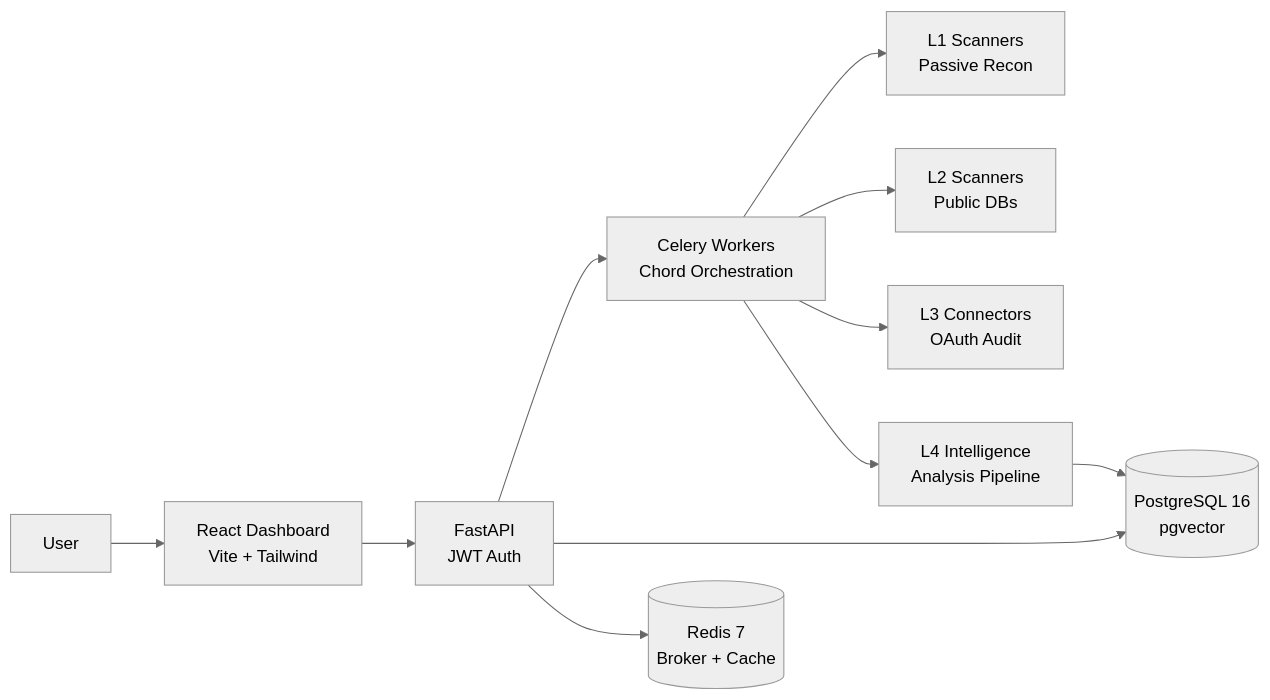
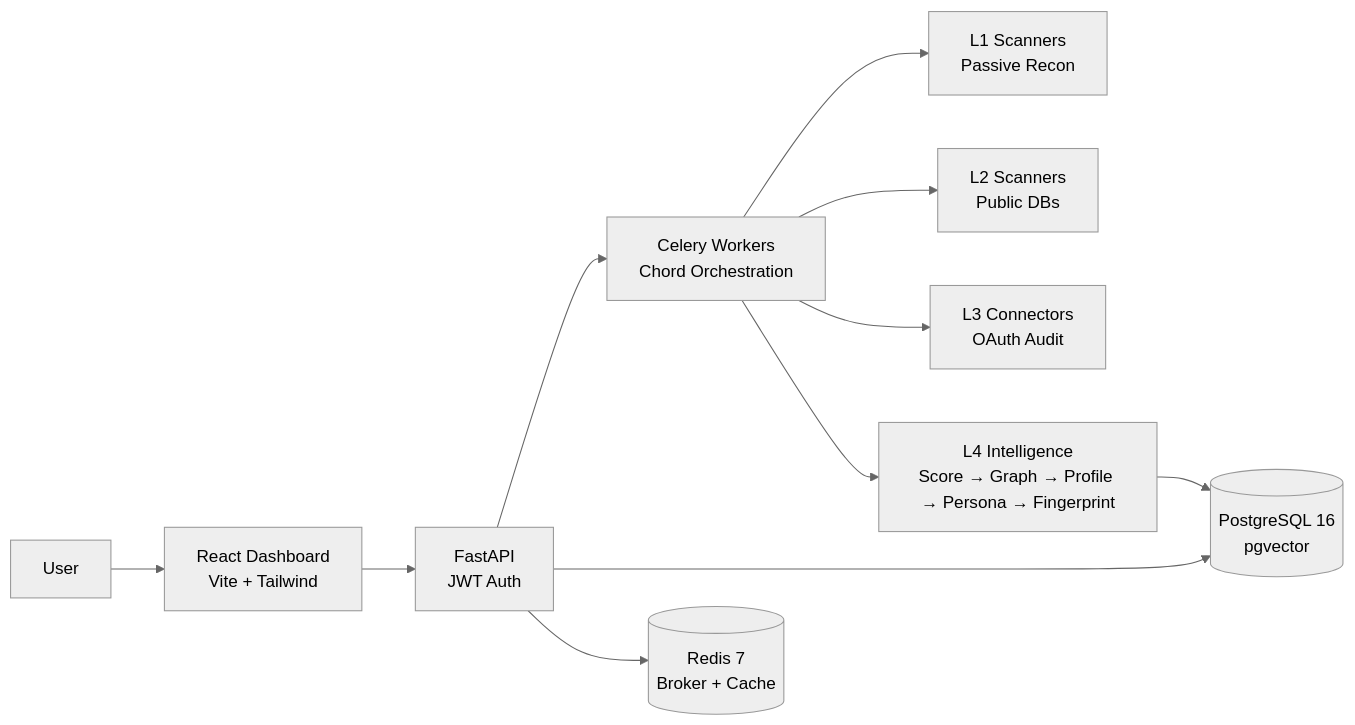
The diagram in README.md (nabz0r/xposeTIP), drawn with Mermaid (neutral theme) before and after one commit. The commit also changed other lines of this file and 6 other files, not shown here.

````diff
--- a/README.md
+++ b/README.md
@@ -40,13 +60,13 @@
 ```mermaid
 graph LR
     U[User] --> R[React Dashboard<br/>Vite + Tailwind]
     R --> A[FastAPI<br/>JWT Auth]
     A --> C[Celery Workers<br/>Chord Orchestration]
     A --> PG[(PostgreSQL 16<br/>pgvector)]
     A --> RD[(Redis 7<br/>Broker + Cache)]
     C --> S1[L1 Scanners<br/>Passive Recon]
     C --> S2[L2 Scanners<br/>Public DBs]
     C --> S3[L3 Connectors<br/>OAuth Audit]
-    C --> L4[L4 Intelligence<br/>Analysis Pipeline]
+    C --> L4[L4 Intelligence<br/>Score → Graph → Profile → Persona → Fingerprint]
     L4 --> PG
 ```
````
